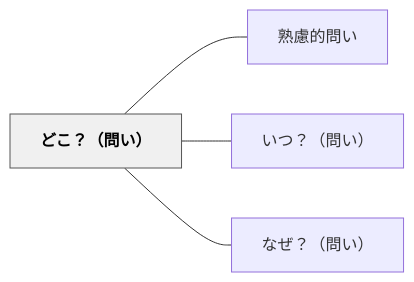
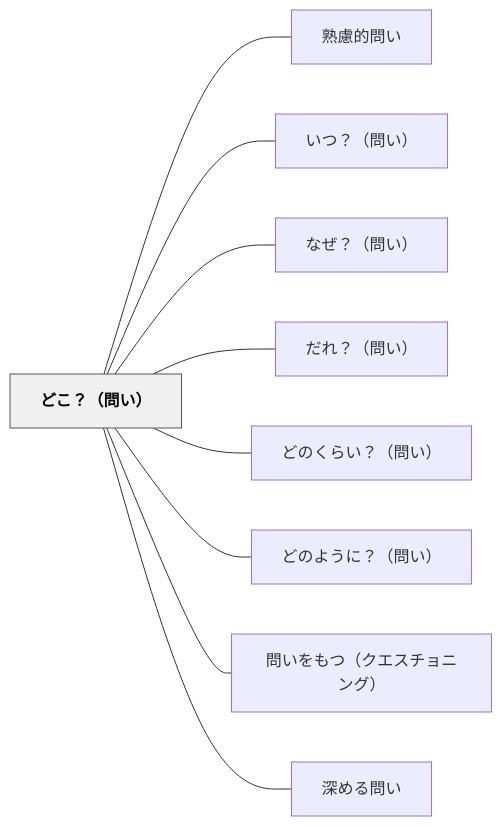
One commit to unknownthings-ed-patterns/unknownthings-ed-patterns changed the diagram in content/パタン/どこ？（問い）.md. Above: the diagram before and after it, drawn with Mermaid. The commit also changed other lines of this file and 36 other files, not shown here.

````diff
--- a/content/パタン/どこ？（問い）.md
+++ b/content/パタン/どこ？（問い）.md
@@ -40,14 +45,24 @@
 ```mermaid
 flowchart LR
     ne381a9e38193efbc9fefbc88e5958fe38184efbc89["どこ？（問い）"]
     ne7869fe685aee79a84e5958fe38184["熟慮的問い"]
     ne38184e381a4efbc9fefbc88e5958fe38184efbc89["いつ？（問い）"]
     ne381aae3819cefbc9fefbc88e5958fe38184efbc89["なぜ？（問い）"]
+    ne381a0e3828cefbc9fefbc88e5958fe38184efbc89["だれ？（問い）"]
+    ne381a9e381aee3818fe38289e38184efbc9fefbc88e5958fe38184efbc89["どのくらい？（問い）"]
+    ne381a9e381aee38288e38186e381abefbc9fefbc88e5958fe38184efbc89["どのように？（問い）"]
+    ne5958fe38184e38292e38282e381a4efbc88e382afe382a8e382b9e38381e383a7e3838be383b3e382b0efbc89["問いをもつ（クエスチョニング）"]
+    ne6b7b1e38281e3828be5958fe38184["深める問い"]
 
     ne381a9e38193efbc9fefbc88e5958fe38184efbc89 --- ne7869fe685aee79a84e5958fe38184
     ne381a9e38193efbc9fefbc88e5958fe38184efbc89 --- ne38184e381a4efbc9fefbc88e5958fe38184efbc89
     ne381a9e38193efbc9fefbc88e5958fe38184efbc89 --- ne381aae3819cefbc9fefbc88e5958fe38184efbc89
+    ne381a9e38193efbc9fefbc88e5958fe38184efbc89 --- ne381a0e3828cefbc9fefbc88e5958fe38184efbc89
+    ne381a9e38193efbc9fefbc88e5958fe38184efbc89 --- ne381a9e381aee3818fe38289e38184efbc9fefbc88e5958fe38184efbc89
+    ne381a9e38193efbc9fefbc88e5958fe38184efbc89 --- ne381a9e381aee38288e38186e381abefbc9fefbc88e5958fe38184efbc89
+    ne381a9e38193efbc9fefbc88e5958fe38184efbc89 --- ne5958fe38184e38292e38282e381a4efbc88e382afe382a8e382b9e38381e383a7e3838be383b3e382b0efbc89
+    ne381a9e38193efbc9fefbc88e5958fe38184efbc89 --- ne6b7b1e38281e3828be5958fe38184
 
     classDef hub fill:#f0f0f0,stroke:#555,color:#000,font-weight:bold
     class ne381a9e38193efbc9fefbc88e5958fe38184efbc89 hub
 ```
````
